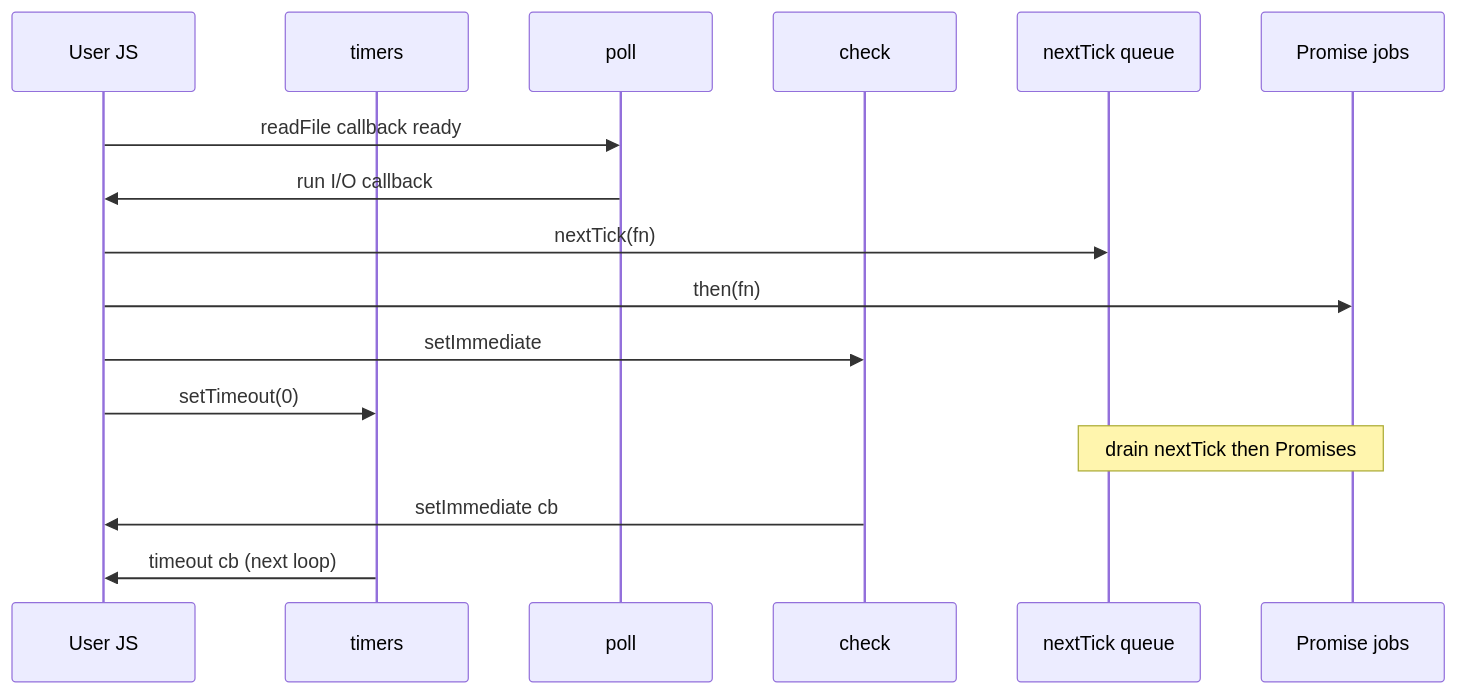
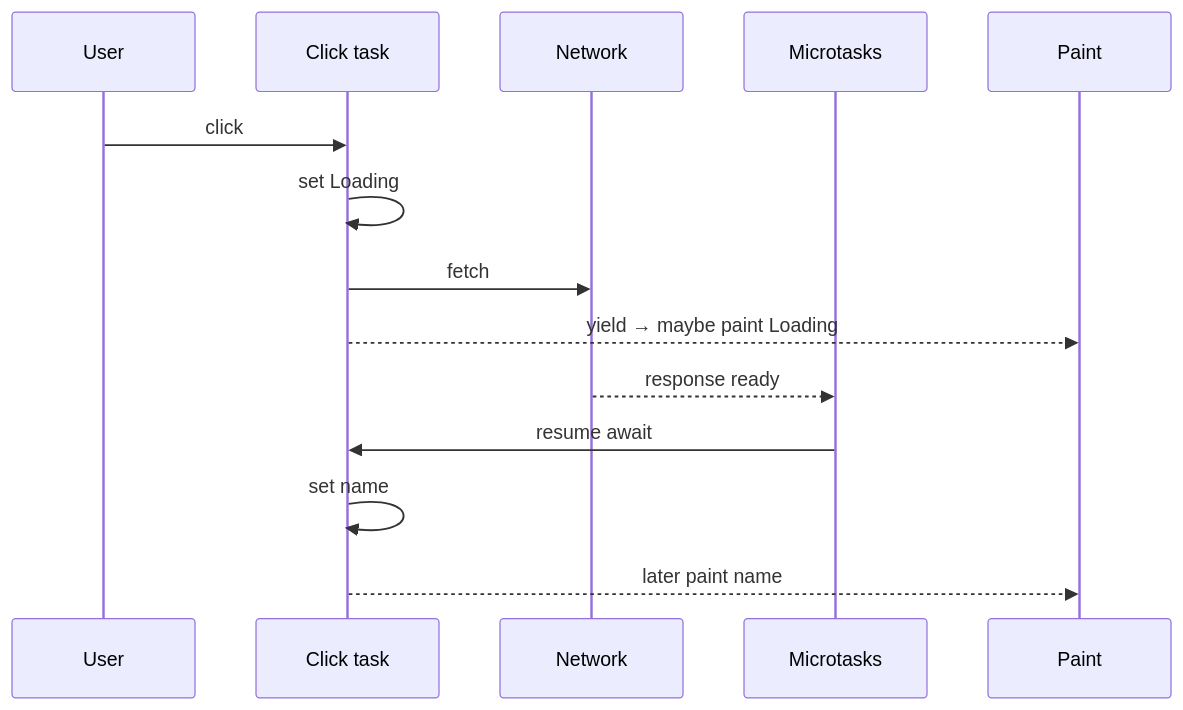
One commit to prajjwaljogdand/FullstackPreparation changed diagram 13 of 13 in docs/javascript/10-event-loop.md. Above: the diagram before and after it, drawn with Mermaid. The commit also changed other lines of this file and 91 other files, not shown here.

````diff
--- a/docs/javascript/10-event-loop.md
+++ b/docs/javascript/10-event-loop.md
@@ -1136,18 +986,16 @@
 ```mermaid
 sequenceDiagram
-  participant User as User JS
-  participant Timers as timers
-  participant Poll as poll
-  participant Check as check
-  participant NT as nextTick queue
-  participant Micro as Promise jobs
-  User->>Poll: readFile callback ready
-  Poll->>User: run I/O callback
-  User->>NT: nextTick(fn)
-  User->>Micro: then(fn)
-  User->>Check: setImmediate
-  User->>Timers: setTimeout(0)
-  Note over NT,Micro: drain nextTick then Promises
-  Check->>User: setImmediate cb
-  Timers->>User: timeout cb (next loop)
+  participant User
+  participant Task as Click task
+  participant Host as Network
+  participant Micro as Microtasks
+  participant Paint
+  User->>Task: click
+  Task->>Task: set Loading
+  Task->>Host: fetch
+  Task-->>Paint: yield → maybe paint Loading
+  Host-->>Micro: response ready
+  Micro->>Task: resume await
+  Task->>Task: set name
+  Task-->>Paint: later paint name
 ```
````
